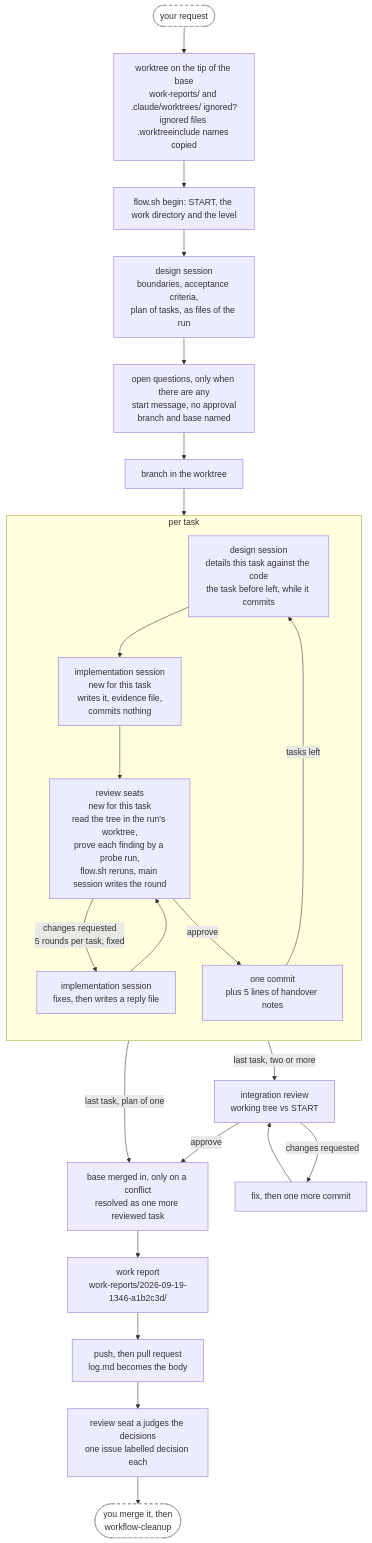
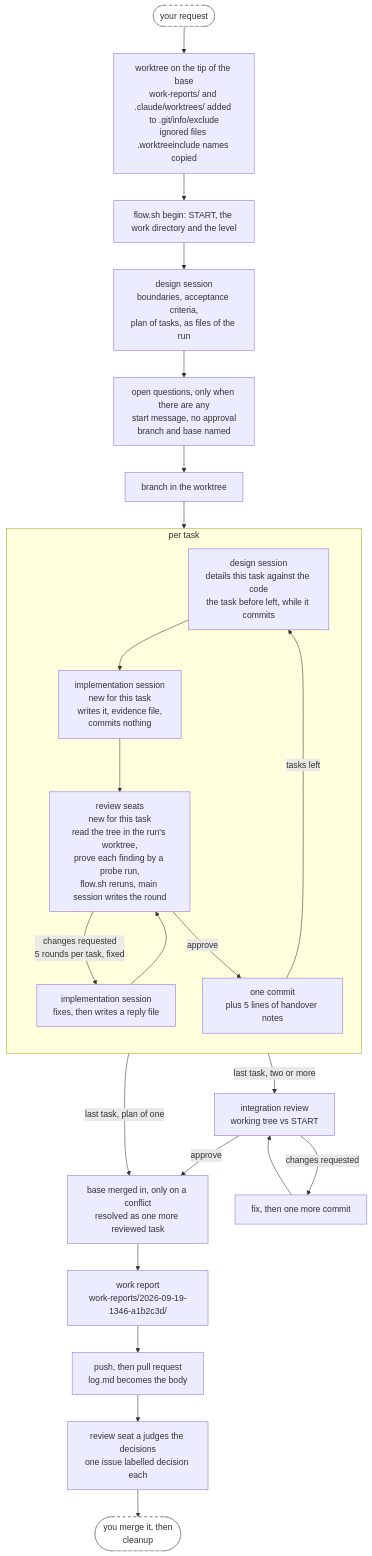
Before and after one commit to annetaan/claude-plugins: the second of 4 diagrams in plugins/annetaan/README.md, drawn with Mermaid. The commit also changed other lines of this file and 72 other files, not shown here.

First line of the commit message:
Give every run a worktree named for its use, and clean up runs, proposals and projects with one skill (#254)

````diff
--- a/plugins/annetaan/README.md
+++ b/plugins/annetaan/README.md
@@ -173,33 +173,33 @@
 ```mermaid
 flowchart TD
-    req(["your request"]) --> wt["worktree on the tip of the base<br/>work-reports/ and .claude/worktrees/ ignored?<br/>ignored files .worktreeinclude names copied"] --> begin["flow.sh begin: START, the work directory and the level"] --> design["design session<br/>boundaries, acceptance criteria,<br/>plan of tasks, as files of the run"]
+    req(["your request"]) --> wt["worktree on the tip of the base<br/>work-reports/ and .claude/worktrees/ added to .git/info/exclude<br/>ignored files .worktreeinclude names copied"] --> begin["flow.sh begin: START, the work directory and the level"] --> design["design session<br/>boundaries, acceptance criteria,<br/>plan of tasks, as files of the run"]
     design --> ask["open questions, only when there are any<br/>start message, no approval<br/>branch and base named"]
     ask --> setup["branch in the worktree"]
     setup --> detail
 
     subgraph task["per task"]
         direction TB
         detail["design session<br/>details this task against the code<br/>the task before left, while it commits"]
         impl["implementation session<br/>new for this task<br/>writes it, evidence file,<br/>commits nothing"]
         review["review seats<br/>new for this task<br/>read the tree in the run's worktree,<br/>prove each finding by a probe run,<br/>flow.sh reruns, main session writes the round"]
         respond["implementation session<br/>fixes, then writes a reply file"]
         commit["one commit<br/>plus 5 lines of handover notes"]
         detail --> impl --> review
         review -->|"changes requested<br/>5 rounds per task, fixed"| respond
         respond --> review
         review -->|approve| commit
         commit -->|tasks left| detail
     end
 
     commit -->|"last task, two or more"| integ["integration review<br/>working tree vs START"]
     commit -->|"last task, plan of one"| sync
     integ -->|changes requested| integfix["fix, then one more commit"]
     integfix --> integ
     integ -->|approve| sync["base merged in, only on a conflict<br/>resolved as one more reviewed task"]
     sync --> report["work report<br/>work-reports/2026-09-19-1346-a1b2c3d/"]
     report --> pr["push, then pull request<br/>log.md becomes the body"]
-    pr --> decisions["review seat a judges the decisions<br/>one issue labelled decision each"] --> clean(["you merge it, then<br/>workflow-cleanup"])
+    pr --> decisions["review seat a judges the decisions<br/>one issue labelled decision each"] --> clean(["you merge it, then<br/>cleanup"])
 
     classDef human fill:#fff,stroke:#888,stroke-dasharray: 5 5
     class req,clean human
 ```
````
